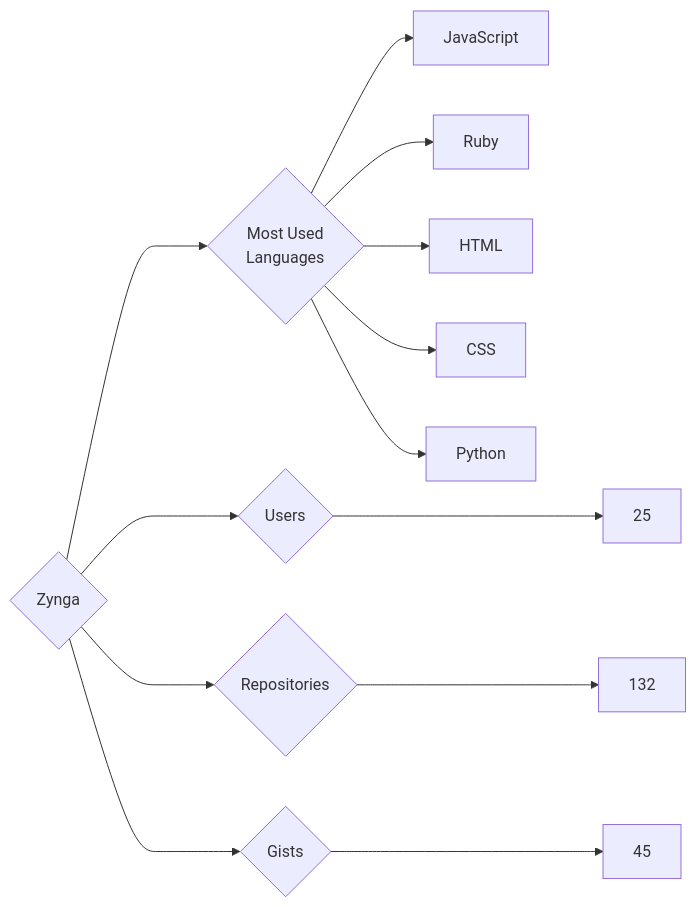
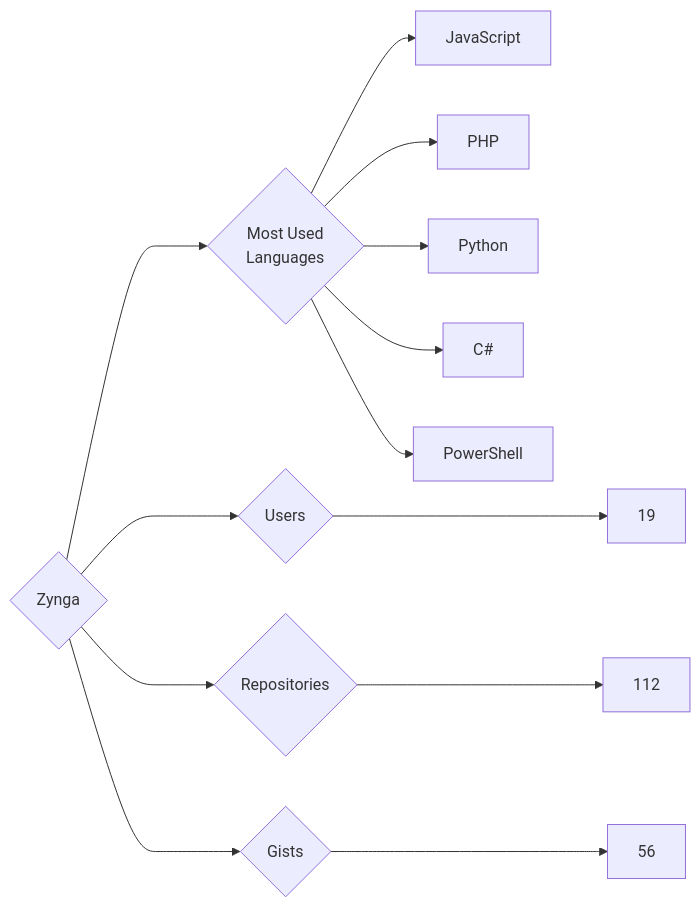
One commit to trickest/insiders changed the diagram in targets/Zynga/README.md. Above: the diagram before and after it, drawn with Mermaid. The commit also changed 976 other files, not shown here.

````diff
--- a/targets/Zynga/README.md
+++ b/targets/Zynga/README.md
@@ -3,13 +3,13 @@
 ```mermaid
 graph LR
 COMPANY_NAME{Zynga}
-COMPANY_NAME ---> U{Users} ---> UN[25]
-COMPANY_NAME ---> R{Repositories} ---> RN[132]
-COMPANY_NAME ---> G{Gists} ---> GN[45]
+COMPANY_NAME ---> U{Users} ---> UN[19]
+COMPANY_NAME ---> R{Repositories} ---> RN[112]
+COMPANY_NAME ---> G{Gists} ---> GN[56]
 COMPANY_NAME ---> ML{Most Used<br>Languages}
 ML --> JavaScript[JavaScript]
-ML --> Ruby[Ruby]
-ML --> HTML[HTML]
-ML --> CSS[CSS]
+ML --> PHP[PHP]
 ML --> Python[Python]
+ML --> C#[C#]
+ML --> PowerShell[PowerShell]
 ```
````
